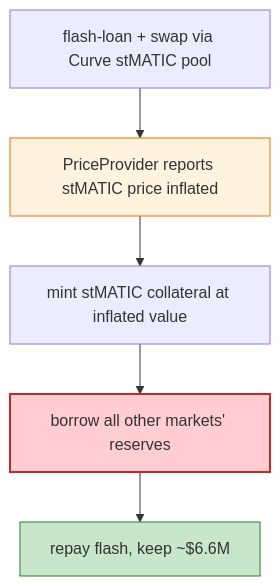
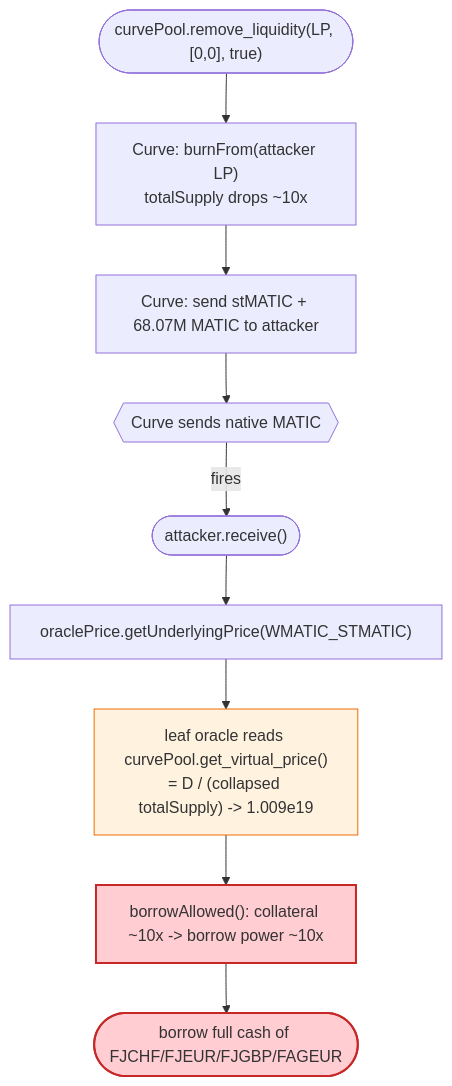
One commit to sanbir/evm-hack-registry changed the third of 4 diagrams in 2023-01-Midas_exp/Midas_exp.md. Above: the diagram before and after it, drawn with Mermaid. The commit also changed other lines of this file and 52 other files, not shown here.

````diff
--- a/2023-01-Midas_exp/Midas_exp.md
+++ b/2023-01-Midas_exp/Midas_exp.md
@@ -45,11 +333,15 @@
 ```mermaid
 flowchart TD
-    FL["flash-loan + swap via Curve stMATIC pool"] --> P["PriceProvider reports stMATIC price inflated"]
-    P --> M["mint stMATIC collateral at inflated value"]
-    M --> B["borrow all other markets' reserves"]
-    B --> RP["repay flash, keep ~$6.6M"]
+    Start(["curvePool.remove_liquidity(LP, [0,0], true)"]) --> Burn["Curve: burnFrom(attacker LP)<br/>totalSupply drops ~10x"]
+    Burn --> Send["Curve: send stMATIC + 68.07M MATIC to attacker"]
+    Send --> CB{{"Curve sends native MATIC"}}
+    CB -- "fires" --> Recv(["attacker.receive()"])
+    Recv --> Price["oraclePrice.getUnderlyingPrice(WMATIC_STMATIC)"]
+    Price --> Leaf["leaf oracle reads curvePool.get_virtual_price()<br/>= D / (collapsed totalSupply) -> 1.009e19"]
+    Leaf --> Borrow["borrowAllowed(): collateral ~10x -> borrow power ~10x"]
+    Borrow --> Drain(["borrow full cash of FJCHF/FJEUR/FJGBP/FAGEUR"])
 
-    style P fill:#fff3e0,stroke:#ef6c00
-    style B fill:#ffcdd2,stroke:#c62828,stroke-width:2px
-    style RP fill:#c8e6c9,stroke:#2e7d32
+    style Leaf fill:#fff3e0,stroke:#ef6c00
+    style Borrow fill:#ffcdd2,stroke:#c62828,stroke-width:2px
+    style Drain fill:#ffcdd2,stroke:#c62828,stroke-width:2px
 ```
````
